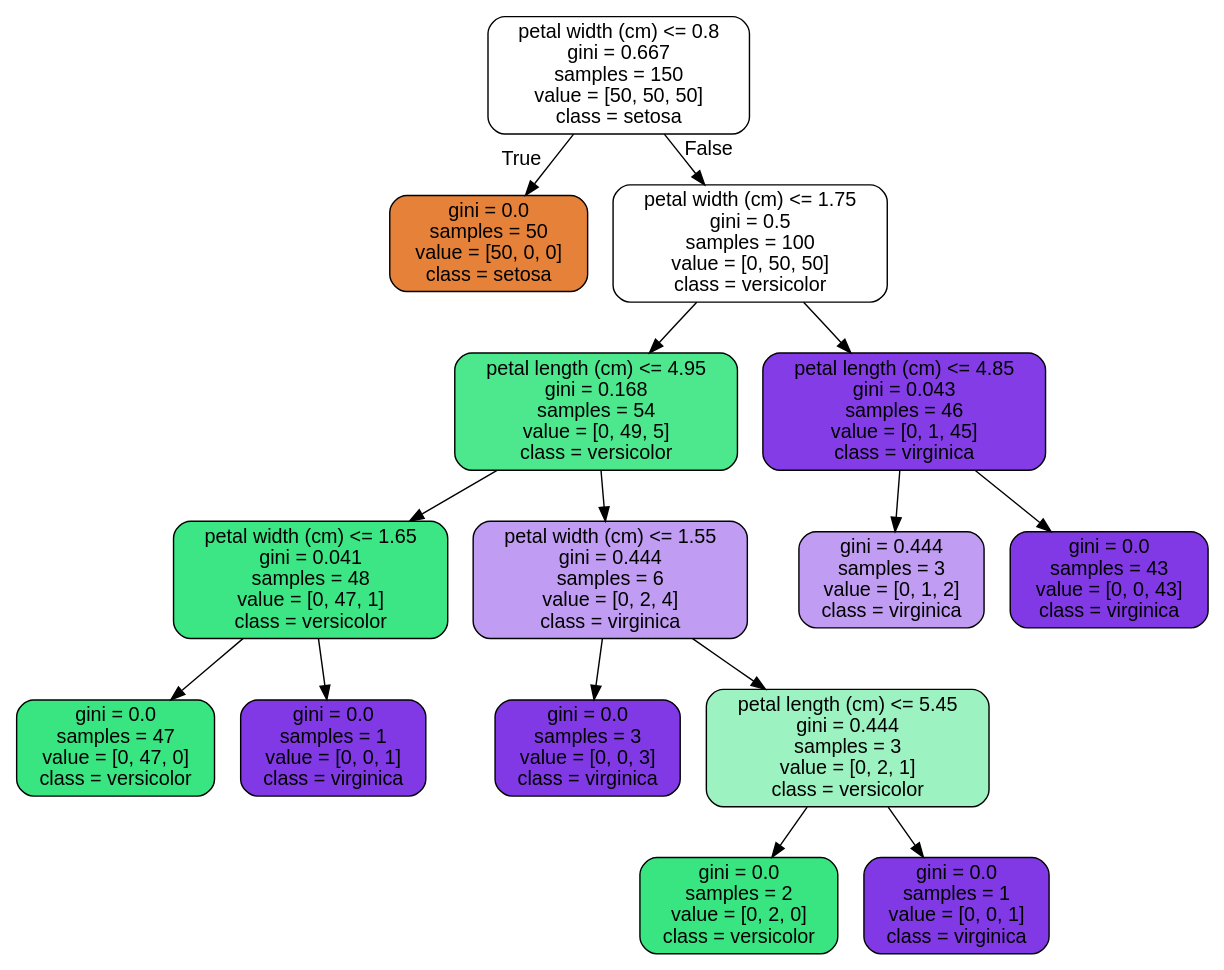
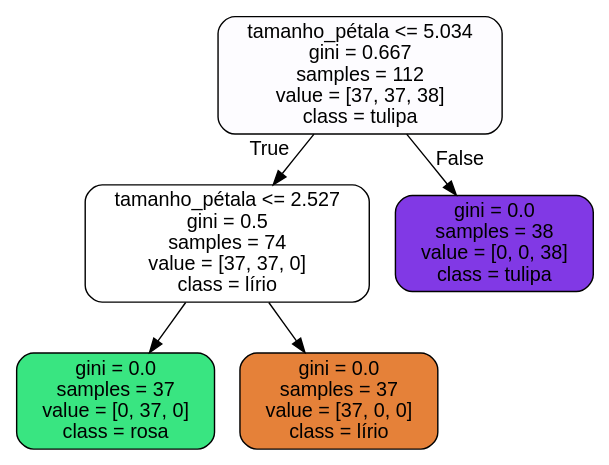
The diagram in tree.dot (HallanMiranda/Machine_Learning), drawn with Graphviz before and after one commit. The commit also changed 2 other files, not shown here.

```diff
--- a/tree.dot
+++ b/tree.dot
@@ -1,33 +1,13 @@
 digraph Tree {
 node [shape=box, style="filled, rounded", color="black", fontname="helvetica"] ;
 edge [fontname="helvetica"] ;
-0 [label="petal width (cm) <= 0.8\ngini = 0.667\nsamples = 150\nvalue = [50, 50, 50]\nclass = setosa", fillcolor="#ffffff"] ;
-1 [label="gini = 0.0\nsamples = 50\nvalue = [50, 0, 0]\nclass = setosa", fillcolor="#e58139"] ;
+0 [label="tamanho_pétala <= 5.034\ngini = 0.667\nsamples = 112\nvalue = [37, 37, 38]\nclass = tulipa", fillcolor="#fdfcff"] ;
+1 [label="tamanho_pétala <= 2.527\ngini = 0.5\nsamples = 74\nvalue = [37, 37, 0]\nclass = lírio", fillcolor="#ffffff"] ;
 0 -> 1 [labeldistance=2.5, labelangle=45, headlabel="True"] ;
-2 [label="petal width (cm) <= 1.75\ngini = 0.5\nsamples = 100\nvalue = [0, 50, 50]\nclass = versicolor", fillcolor="#ffffff"] ;
-0 -> 2 [labeldistance=2.5, labelangle=-45, headlabel="False"] ;
-3 [label="petal length (cm) <= 4.95\ngini = 0.168\nsamples = 54\nvalue = [0, 49, 5]\nclass = versicolor", fillcolor="#4de88e"] ;
-2 -> 3 ;
-4 [label="petal width (cm) <= 1.65\ngini = 0.041\nsamples = 48\nvalue = [0, 47, 1]\nclass = versicolor", fillcolor="#3de684"] ;
-3 -> 4 ;
-5 [label="gini = 0.0\nsamples = 47\nvalue = [0, 47, 0]\nclass = versicolor", fillcolor="#39e581"] ;
-4 -> 5 ;
-6 [label="gini = 0.0\nsamples = 1\nvalue = [0, 0, 1]\nclass = virginica", fillcolor="#8139e5"] ;
-4 -> 6 ;
-7 [label="petal width (cm) <= 1.55\ngini = 0.444\nsamples = 6\nvalue = [0, 2, 4]\nclass = virginica", fillcolor="#c09cf2"] ;
-3 -> 7 ;
-8 [label="gini = 0.0\nsamples = 3\nvalue = [0, 0, 3]\nclass = virginica", fillcolor="#8139e5"] ;
-7 -> 8 ;
-9 [label="petal length (cm) <= 5.45\ngini = 0.444\nsamples = 3\nvalue = [0, 2, 1]\nclass = versicolor", fillcolor="#9cf2c0"] ;
-7 -> 9 ;
-10 [label="gini = 0.0\nsamples = 2\nvalue = [0, 2, 0]\nclass = versicolor", fillcolor="#39e581"] ;
-9 -> 10 ;
-11 [label="gini = 0.0\nsamples = 1\nvalue = [0, 0, 1]\nclass = virginica", fillcolor="#8139e5"] ;
-9 -> 11 ;
-12 [label="petal length (cm) <= 4.85\ngini = 0.043\nsamples = 46\nvalue = [0, 1, 45]\nclass = virginica", fillcolor="#843de6"] ;
-2 -> 12 ;
-13 [label="gini = 0.444\nsamples = 3\nvalue = [0, 1, 2]\nclass = virginica", fillcolor="#c09cf2"] ;
-12 -> 13 ;
-14 [label="gini = 0.0\nsamples = 43\nvalue = [0, 0, 43]\nclass = virginica", fillcolor="#8139e5"] ;
-12 -> 14 ;
+2 [label="gini = 0.0\nsamples = 37\nvalue = [0, 37, 0]\nclass = rosa", fillcolor="#39e581"] ;
+1 -> 2 ;
+3 [label="gini = 0.0\nsamples = 37\nvalue = [37, 0, 0]\nclass = lírio", fillcolor="#e58139"] ;
+1 -> 3 ;
+4 [label="gini = 0.0\nsamples = 38\nvalue = [0, 0, 38]\nclass = tulipa", fillcolor="#8139e5"] ;
+0 -> 4 [labeldistance=2.5, labelangle=-45, headlabel="False"] ;
 }
```
